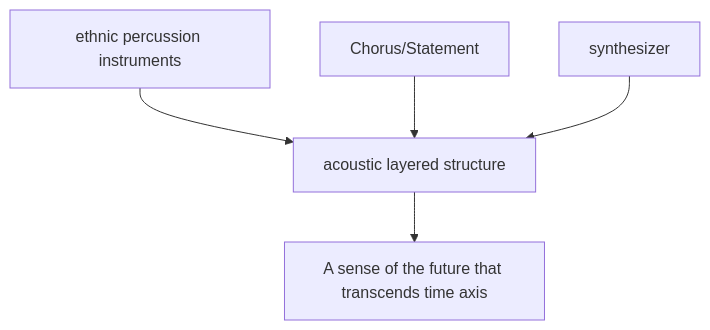
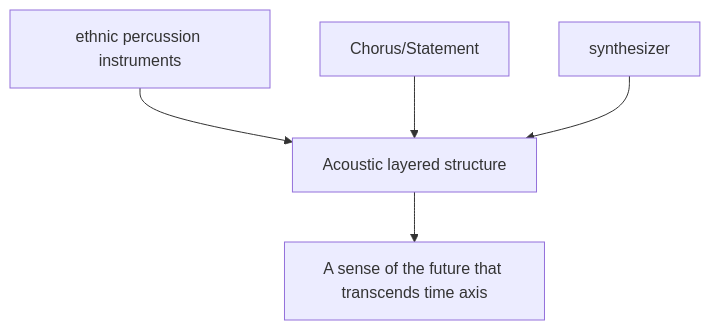
Before and after one commit to monumental-movement/monumental-movement.github.io: the second of 3 diagrams in en/_posts/2026-02-28-column-akira.md, drawn with Mermaid. The commit also changed other lines of this file and 435 other files, not shown here.

```diff
--- a/en/_posts/2026-02-28-column-akira.md
+++ b/en/_posts/2026-02-28-column-akira.md
@@ -101,7 +101,7 @@
 <div class="mermaid">
 flowchart TD
-A[ethnic percussion instruments] --> D[acoustic layered structure]
+A[ethnic percussion instruments] --> D[Acoustic layered structure]
 B[Chorus/Statement] --> D
 C[synthesizer] --> D
 D --> E[A sense of the future that transcends time axis]
 </div>
```
